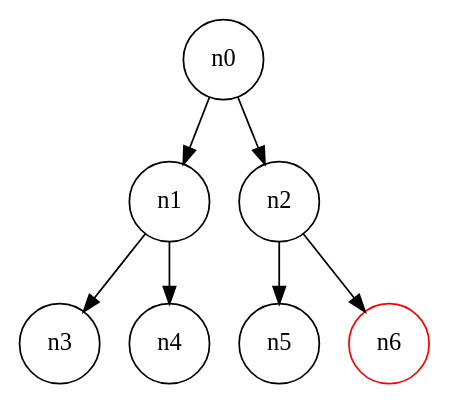
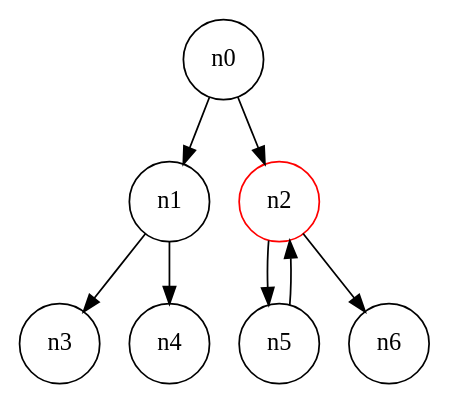
Before and after one commit to MurphLu/LearningCodeInJava: the diagram in algorithm/target/classes/out.dot, drawn with Graphviz. The commit also changed 7 other files, not shown here.

```diff
--- a/algorithm/target/classes/out.dot
+++ b/algorithm/target/classes/out.dot
@@ -1,15 +1,16 @@
 digraph{
-n0 [shape=circle ]
-n1 [shape=circle ]
-n0->n1
-n3 [shape=circle ]
-n1->n3
-n4 [shape=circle ]
-n1->n4
-n2 [shape=circle ]
-n0->n2
-n5 [shape=circle ]
-n2->n5
-n6 [shape=circle color=red]
-n2->n6
+    n0 [shape=circle ]
+    n1 [shape=circle ]
+    n0->n1
+    n3 [shape=circle ]
+    n1->n3
+    n4 [shape=circle ]
+    n1->n4
+    n2 [shape=circle color=red]
+    n0->n2
+    n5 [shape=circle ]
+    n2->n5
+    n5->n2
+    n6 [shape=circle ]
+    n2->n6
 }
```
